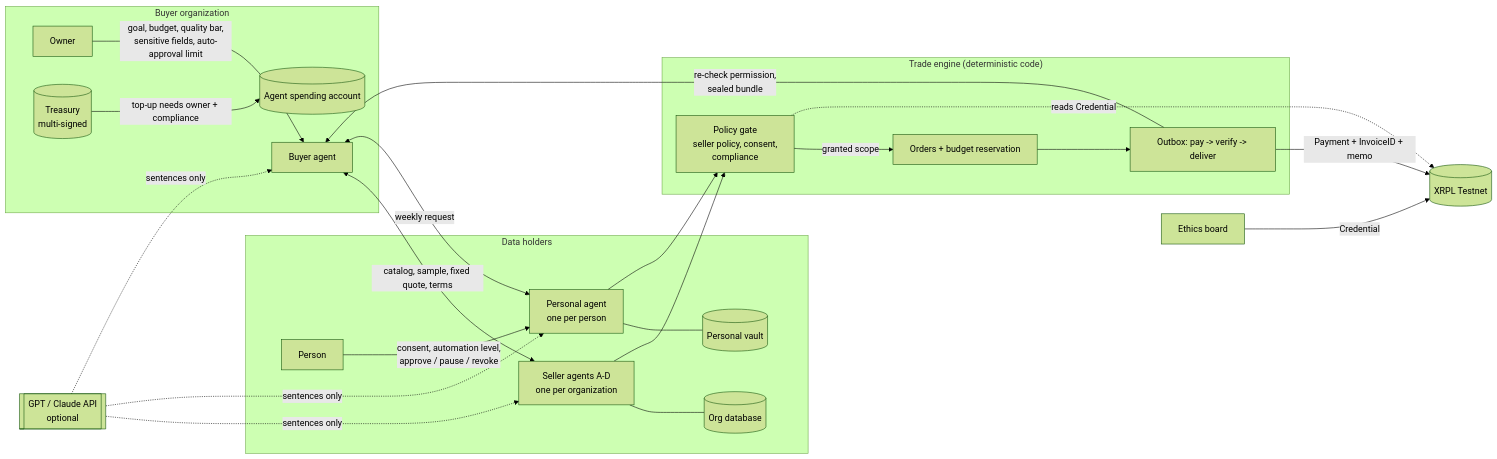
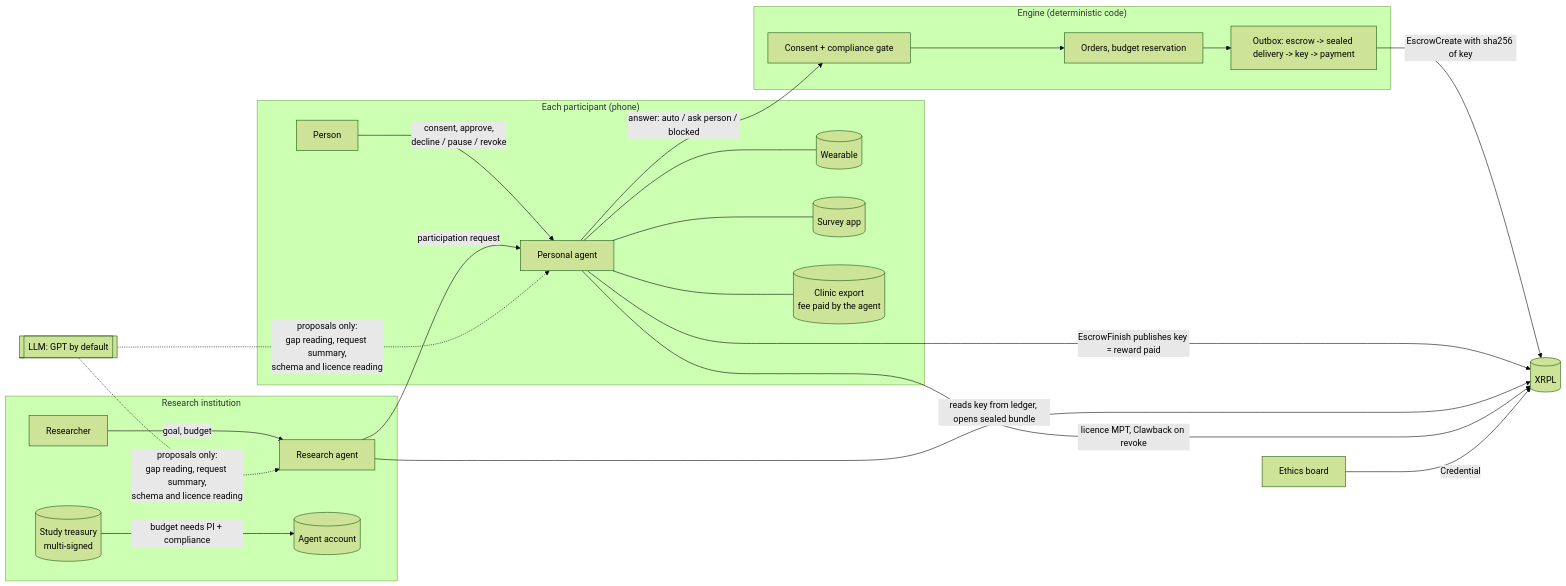
The diagram in README.md (SportiQue-inc/xrpl-hackathon-nyc-2026), drawn with Mermaid (forest theme) before and after one commit. The commit also changed other lines of this file, not shown here.

First line of the commit message:
README: health-first, person-centric; boundary table; two app surfaces; market; production targets

````diff
--- a/README.md
+++ b/README.md
@@ -25,27 +41,24 @@
 ```mermaid
 flowchart LR
-  subgraph Buyer["Buyer organization"]
-    BH[Owner] -->|goal, budget, quality bar,<br/>sensitive fields, auto-approval limit| BA[Buyer agent]
-    BT[(Treasury<br/>multi-signed)] -->|top-up needs owner + compliance| BW[(Agent spending account)]
+  subgraph Lab["Research institution"]
+    R[Researcher] -->|goal, budget| RA[Research agent]
+    RT[(Study treasury<br/>multi-signed)] -->|budget needs PI + compliance| RW[(Agent account)]
   end
-  subgraph Holders["Data holders"]
-    SA[Seller agents A-D<br/>one per organization] --- SC[(Org database)]
-    PA[Personal agent<br/>one per person] --- PV[(Personal vault)]
-    PH[Person] -->|consent, automation level,<br/>approve / pause / revoke| PA
+  subgraph Person["Each participant (phone)"]
+    P[Person] -->|consent, approve,<br/>decline / pause / revoke| PA[Personal agent]
+    PA --- W[(Wearable)] & S[(Survey app)] & C[(Clinic export<br/>fee paid by the agent)]
   end
-  subgraph Engine["Trade engine (deterministic code)"]
-    POL[Policy gate<br/>seller policy, consent,<br/>compliance]
-    ORD[Orders + budget reservation]
-    OB[Outbox: pay -> verify -> deliver]
+  subgraph Engine["Engine (deterministic code)"]
+    POL[Consent + compliance gate]
+    ORD[Orders, budget reservation]
+    OB[Outbox: escrow -> sealed delivery -> key -> payment]
   end
-  BA <-->|catalog, sample, fixed quote, terms| SA
-  BA <-->|weekly request| PA
-  SA --> POL
-  PA --> POL
-  POL -->|granted scope| ORD --> OB
-  OB -->|Payment + InvoiceID + memo| XRPL[(XRPL Testnet)]
-  OB -->|re-check permission,<br/>sealed bundle| BA
+  RA -->|participation request| PA
+  PA -->|answer: auto / ask person / blocked| POL --> ORD --> OB
+  OB -->|EscrowCreate with sha256 of key| XRPL[(XRPL)]
+  PA -->|EscrowFinish publishes key = reward paid| XRPL
+  RA -->|reads key from ledger, opens sealed bundle| XRPL
+  PA -->|licence MPT, Clawback on revoke| XRPL
   ETH[Ethics board] -->|Credential| XRPL
-  POL -.->|reads Credential| XRPL
-  LLM[[GPT / Claude API<br/>optional]] -.->|sentences only| BA & SA & PA
+  LLM[[LLM: GPT by default]] -.->|proposals only:<br/>gap reading, request summary,<br/>schema and licence reading| RA & PA
 ```
````
